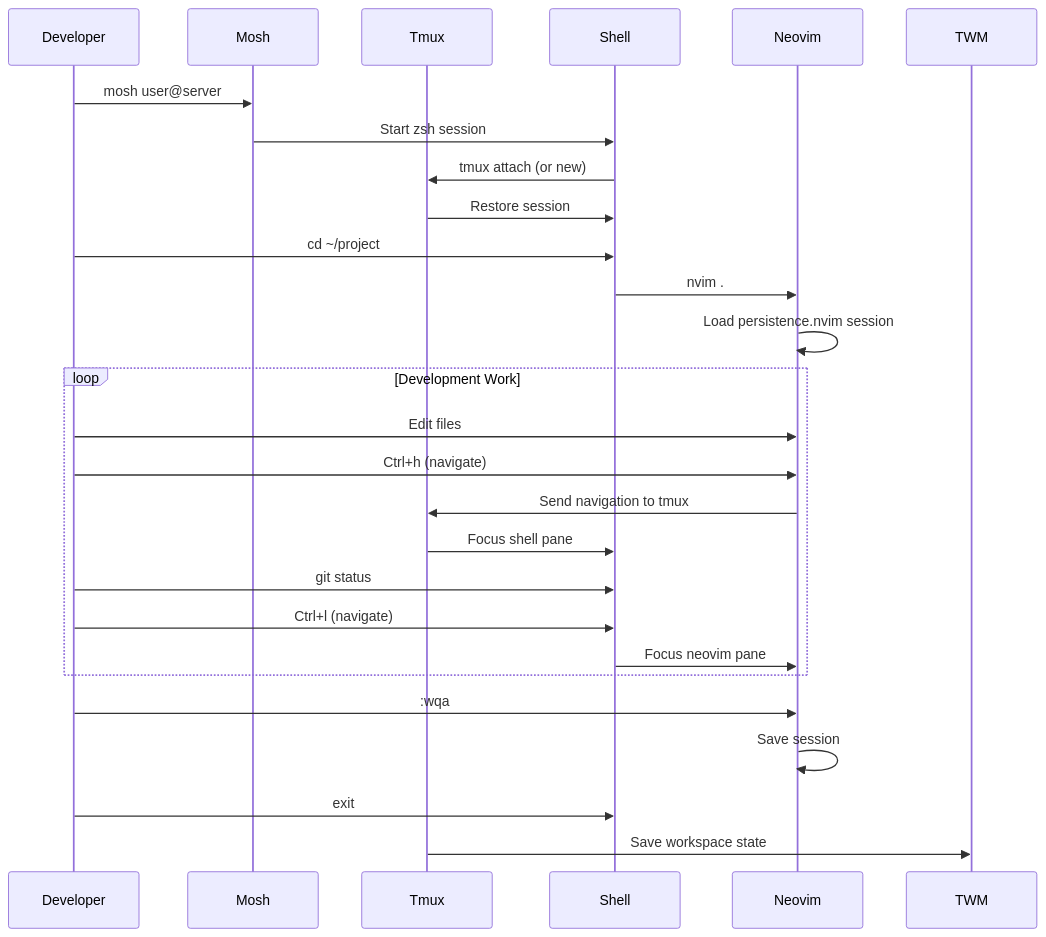
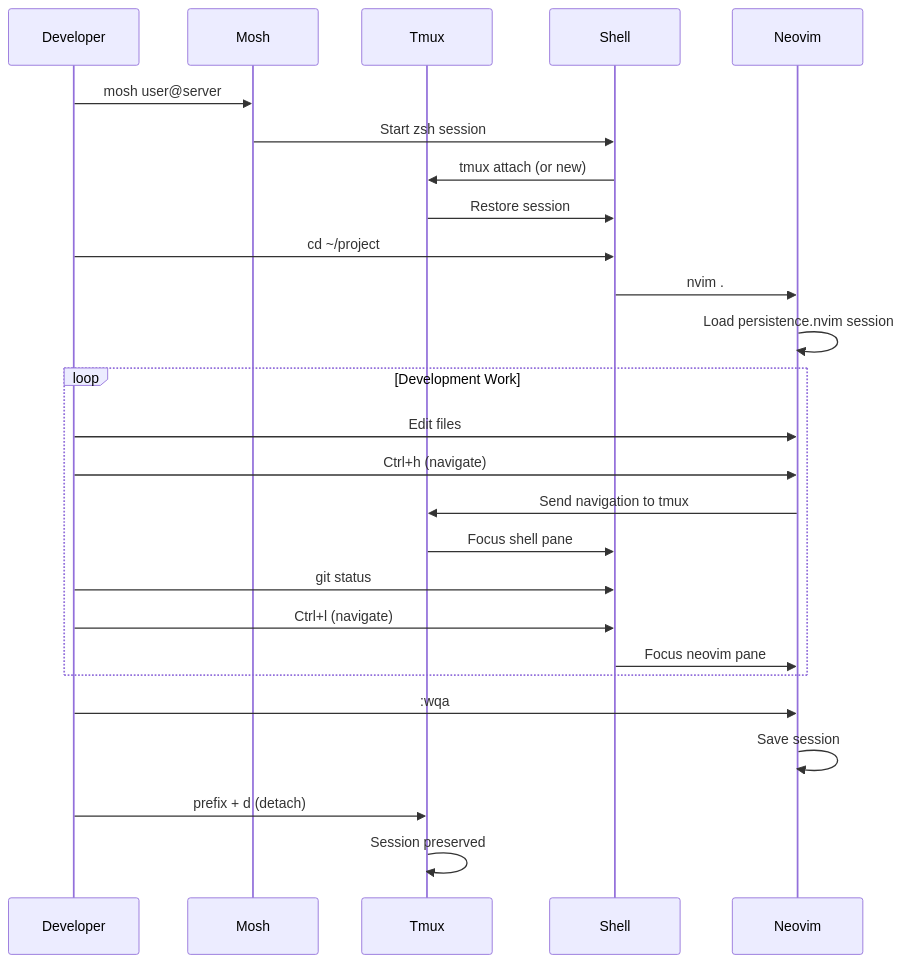
One commit to ddfourtwo/goodterminal changed the tenth of 10 diagrams in docs/ARCHITECTURE.md. Above: the diagram before and after it, drawn with Mermaid. The commit also changed other lines of this file and 10 other files, not shown here.

````diff
--- a/docs/ARCHITECTURE.md
+++ b/docs/ARCHITECTURE.md
@@ -362,32 +362,32 @@
 ```mermaid
 sequenceDiagram
     participant Dev as Developer
     participant Mosh
     participant Tmux
     participant Shell
     participant Neovim
 
     Dev->>Mosh: mosh user@server
     Mosh->>Shell: Start zsh session
     Shell->>Tmux: tmux attach (or new)
     Tmux->>Shell: Restore session
 
     Dev->>Shell: cd ~/project
     Shell->>Neovim: nvim .
     Neovim->>Neovim: Load persistence.nvim session
 
     loop Development Work
         Dev->>Neovim: Edit files
         Dev->>Neovim: Ctrl+h (navigate)
         Neovim->>Tmux: Send navigation to tmux
         Tmux->>Shell: Focus shell pane
         Dev->>Shell: git status
         Dev->>Shell: Ctrl+l (navigate)
         Shell->>Neovim: Focus neovim pane
     end
 
     Dev->>Neovim: :wqa
     Neovim->>Neovim: Save session
-    Dev->>Shell: exit
-    Tmux->>TWM: Save workspace state
+    Dev->>Tmux: prefix + d (detach)
+    Tmux->>Tmux: Session preserved
 ```
````
